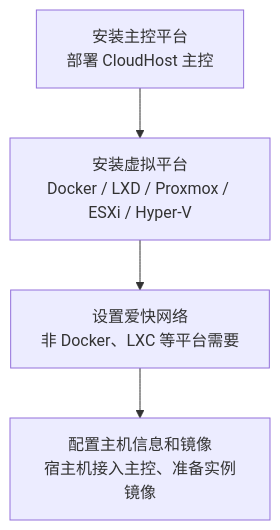
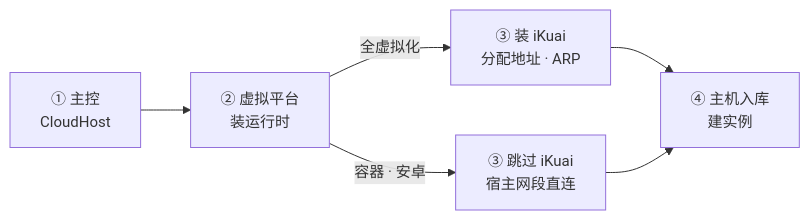
Before and after one commit to OpenIDCSTeam/Documents: the diagram in docs/2-deploy/0-index.md, drawn with Mermaid. The commit also changed other lines of this file, not shown here.

Commit message:
docs(deploy): 安装流程图改为横向，按平台区分是否需要 iKuai

````diff
--- a/docs/2-deploy/0-index.md
+++ b/docs/2-deploy/0-index.md
@@ -18,6 +18,9 @@
 ```mermaid
-flowchart TD
-    A["安装主控平台<br/>部署 CloudHost 主控"] --> B["安装虚拟平台<br/>Docker / LXD / Proxmox / ESXi / Hyper-V"]
-    B --> C["设置爱快网络<br/>非 Docker、LXC 等平台需要"]
-    C --> D["配置主机信息和镜像<br/>宿主机接入主控、准备实例镜像"]
+%%{init: {'themeVariables': {'fontSize': '15px'}}}%%
+flowchart LR
+    A["① 主控<br/>CloudHost"] --> B["② 虚拟平台<br/>装运行时"]
+    B -->|"全虚拟化"| D["③ 装 iKuai<br/>分配地址 · ARP"]
+    B -->|"容器 · 安卓"| E["③ 跳过 iKuai<br/>宿主网段直连"]
+    D --> F["④ 主机入库<br/>建实例"]
+    E --> F
 ```
````
